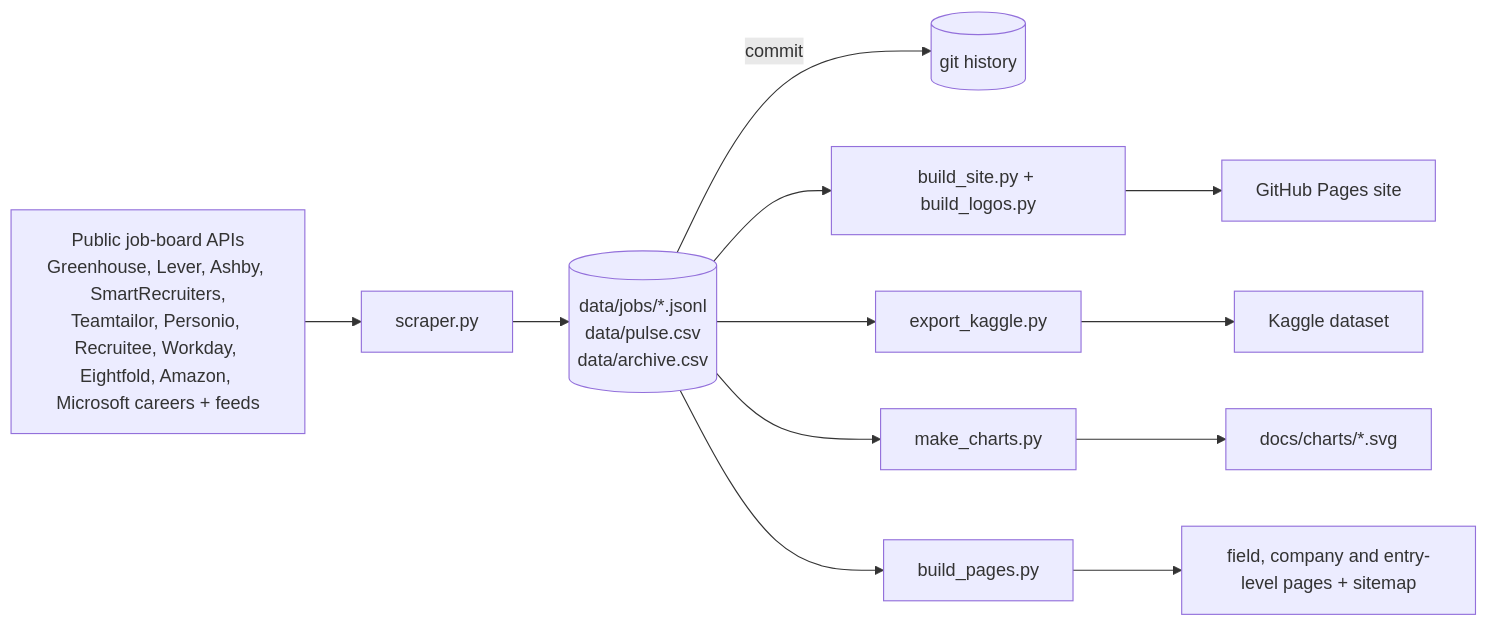
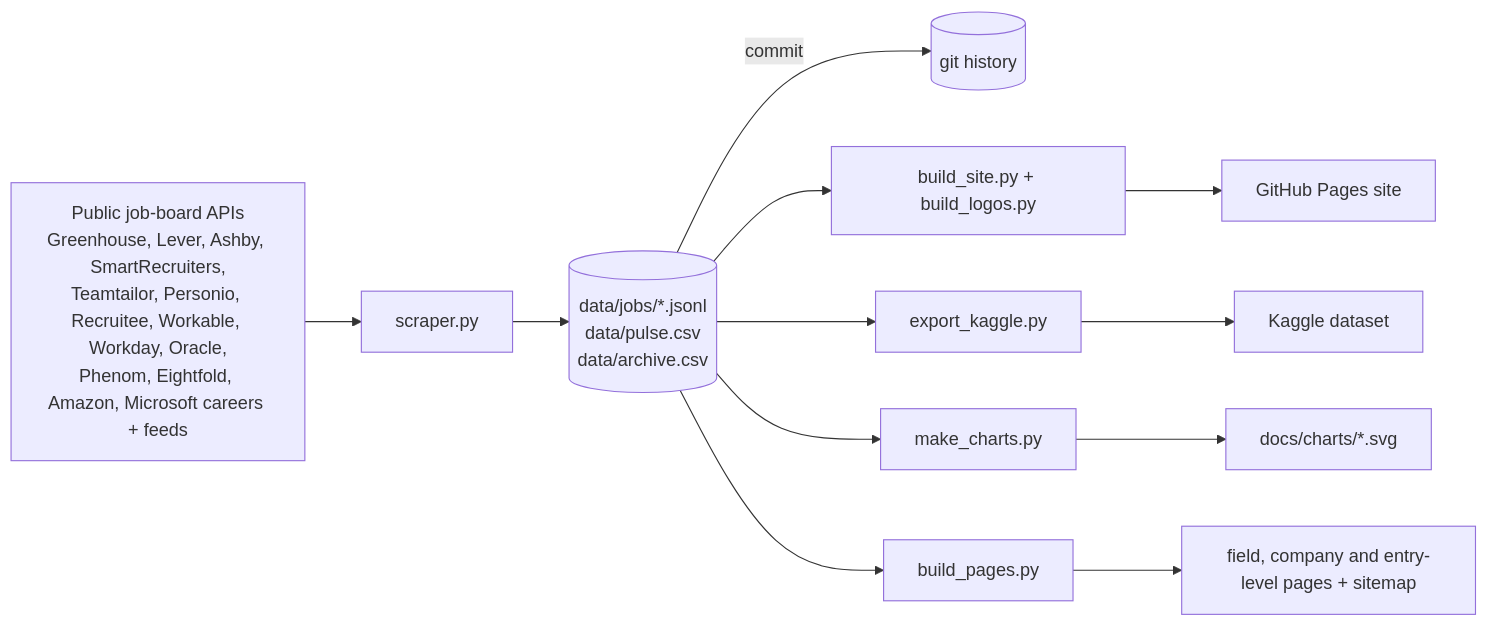
The diagram in README.md (chandranshB/roleBase), drawn with Mermaid before and after one commit. The commit also changed other lines of this file and 6 other files, not shown here.

````diff
--- a/README.md
+++ b/README.md
@@ -71,10 +71,10 @@
 ```mermaid
 flowchart LR
-  A["Public job-board APIs<br/>Greenhouse, Lever, Ashby, SmartRecruiters,<br/>Teamtailor, Personio, Recruitee, Workday, Eightfold, Amazon, Microsoft careers + feeds"] --> B[scraper.py]
+  A["Public job-board APIs<br/>Greenhouse, Lever, Ashby, SmartRecruiters,<br/>Teamtailor, Personio, Recruitee, Workable, Workday, Oracle,<br/>Phenom, Eightfold, Amazon, Microsoft careers + feeds"] --> B[scraper.py]
   B --> C[("data/jobs/*.jsonl<br/>data/pulse.csv<br/>data/archive.csv")]
   C -->|commit| G[(git history)]
   C --> D[build_site.py + build_logos.py] --> E[GitHub Pages site]
   C --> F[export_kaggle.py] --> H[Kaggle dataset]
   C --> I[make_charts.py] --> J[docs/charts/*.svg]
   C --> K[build_pages.py] --> L[field, company and entry-level pages + sitemap]
 ```
````
